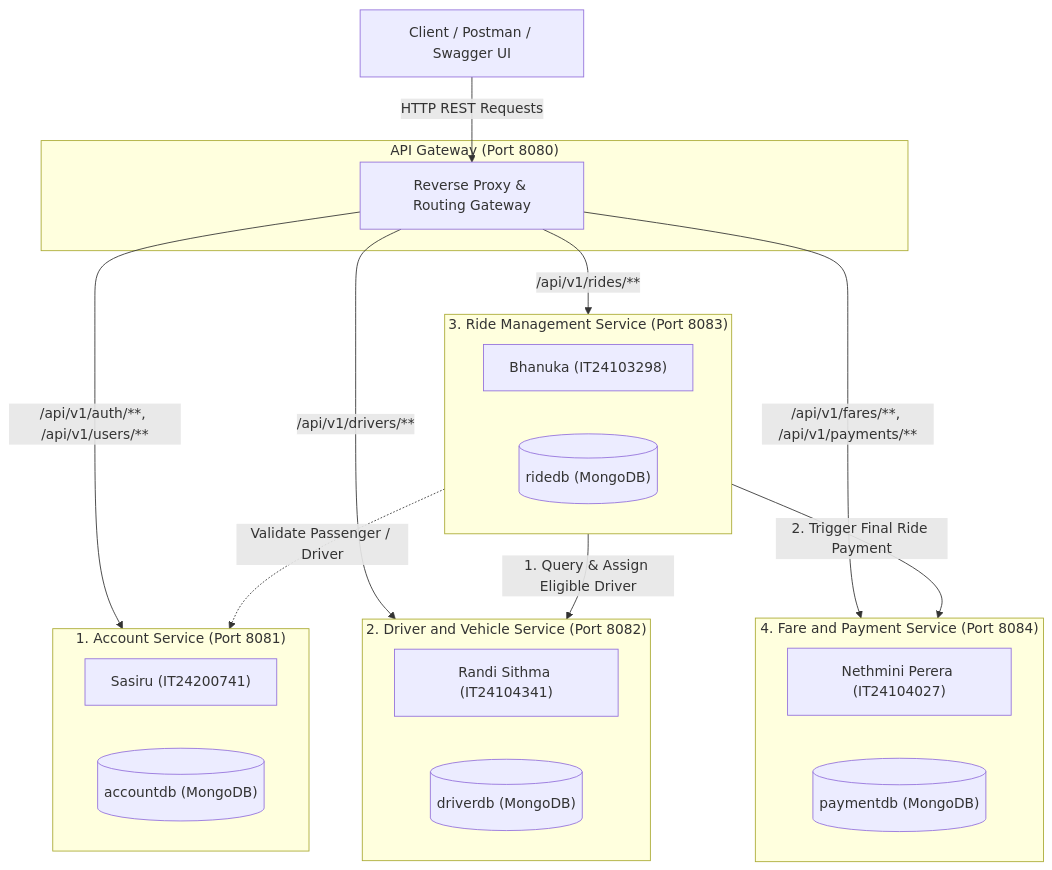
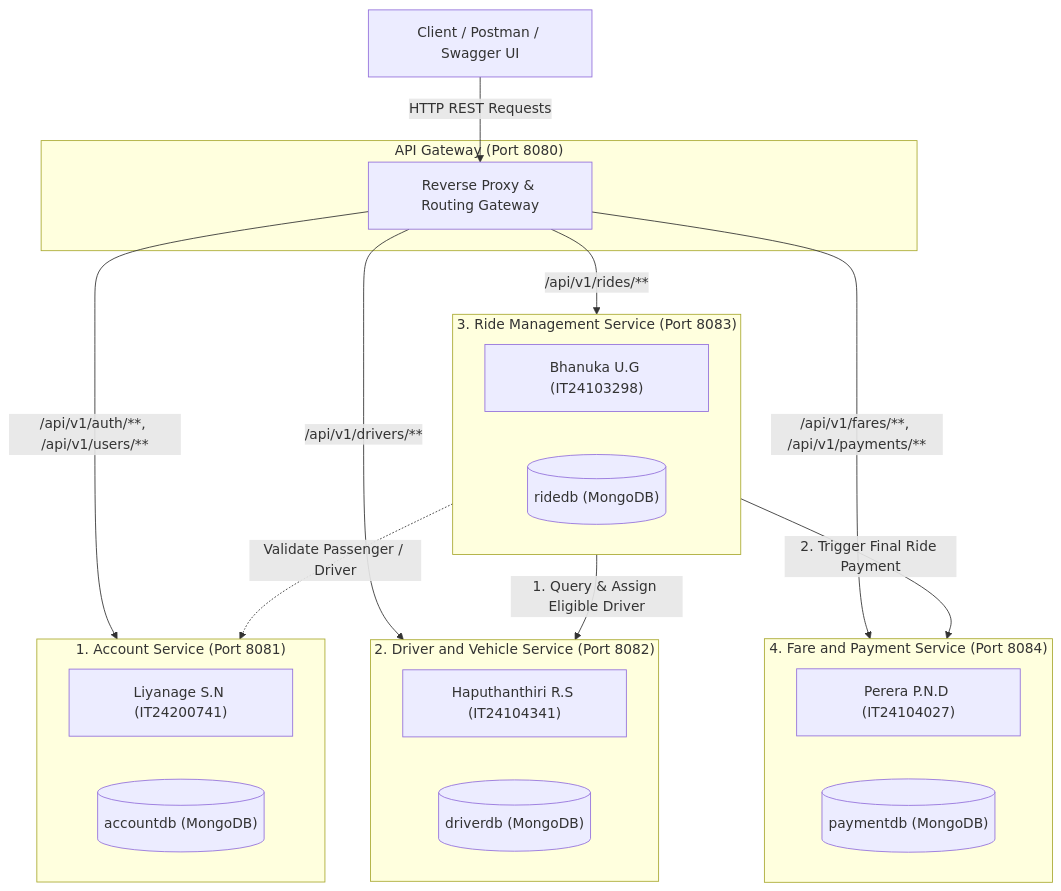
One commit to IT24200741/IT3130_RideLink_Microservices changed the diagram in README.md. Above: the diagram before and after it, drawn with Mermaid. The commit also changed other lines of this file and 16 other files, not shown here.

````diff
--- a/README.md
+++ b/README.md
@@ -30,39 +30,39 @@
 ```mermaid
 flowchart TD
     Client["Client / Postman / Swagger UI"]
 
     subgraph GW["API Gateway (Port 8080)"]
         GatewayRouter["Reverse Proxy & Routing Gateway"]
     end
 
     subgraph S1["1. Account Service (Port 8081)"]
-        Sasiru["Sasiru (IT24200741)"]
+        Sasiru["Liyanage S.N (IT24200741)"]
         DB1[("accountdb (MongoDB)")]
     end
     
     subgraph S2["2. Driver and Vehicle Service (Port 8082)"]
-        Randi["Randi Sithma (IT24104341)"]
+        Randi["Haputhanthiri R.S (IT24104341)"]
         DB2[("driverdb (MongoDB)")]
     end
 
     subgraph S3["3. Ride Management Service (Port 8083)"]
-        Bhanuka["Bhanuka (IT24103298)"]
+        Bhanuka["Bhanuka U.G (IT24103298)"]
         DB3[("ridedb (MongoDB)")]
     end
     
     subgraph S4["4. Fare and Payment Service (Port 8084)"]
-        Nethmini["Nethmini Perera (IT24104027)"]
+        Nethmini["Perera P.N.D (IT24104027)"]
         DB4[("paymentdb (MongoDB)")]
     end
 
     Client -->|HTTP REST Requests| GatewayRouter
     
     GatewayRouter -->|/api/v1/auth/**, /api/v1/users/**| S1
     GatewayRouter -->|/api/v1/drivers/**| S2
     GatewayRouter -->|/api/v1/rides/**| S3
     GatewayRouter -->|/api/v1/fares/**, /api/v1/payments/**| S4
     
     S3 -->|1. Query & Assign Eligible Driver| S2
     S3 -->|2. Trigger Final Ride Payment| S4
     S3 -.->|Validate Passenger / Driver| S1
 ```
````
